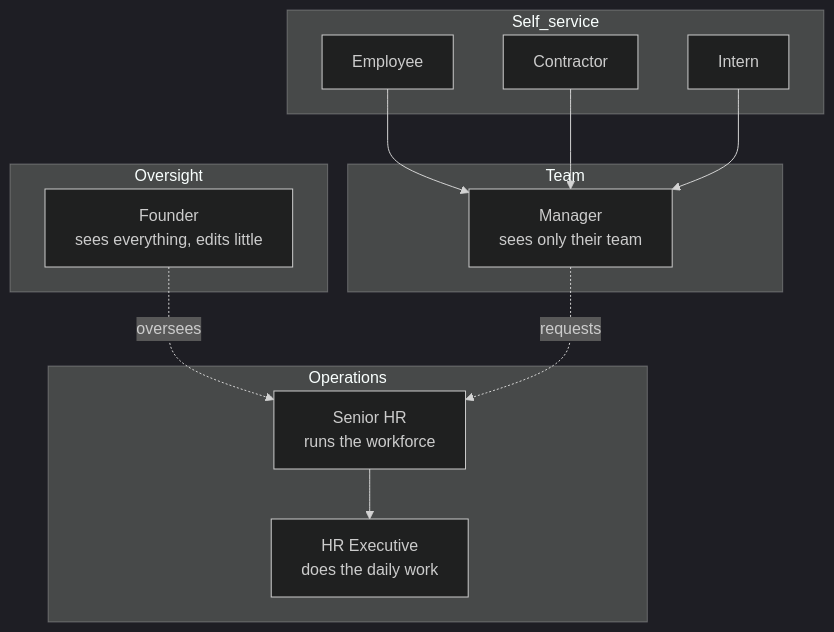
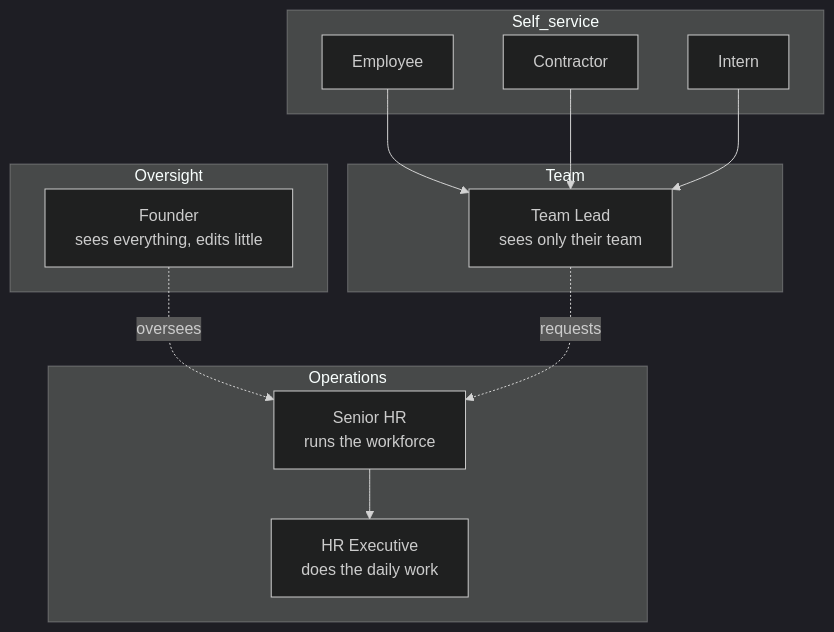
The diagram in 03-user-roles-and-experiences.md (aayushi111-png/Workforce), drawn with Mermaid (dark theme) before and after one commit. The commit also changed other lines of this file and 8 other files, not shown here.

First line of the commit message:
Rename Manager role to Team Lead across all docs

````diff
--- a/03-user-roles-and-experiences.md
+++ b/03-user-roles-and-experiences.md
@@ -11,24 +11,24 @@
 ```mermaid
 flowchart TD
     subgraph Oversight
       F[Founder<br/>sees everything, edits little]
     end
     subgraph Operations
       SH[Senior HR<br/>runs the workforce]
       HE[HR Executive<br/>does the daily work]
     end
     subgraph Team
-      M[Manager<br/>sees only their team]
+      M[Team Lead<br/>sees only their team]
     end
     subgraph Self_service
       E[Employee]
       C[Contractor]
       I[Intern]
     end
     F -.oversees.-> SH
     SH --> HE
     M -.requests.-> SH
     E --> M
     C --> M
     I --> M
 ```
````
